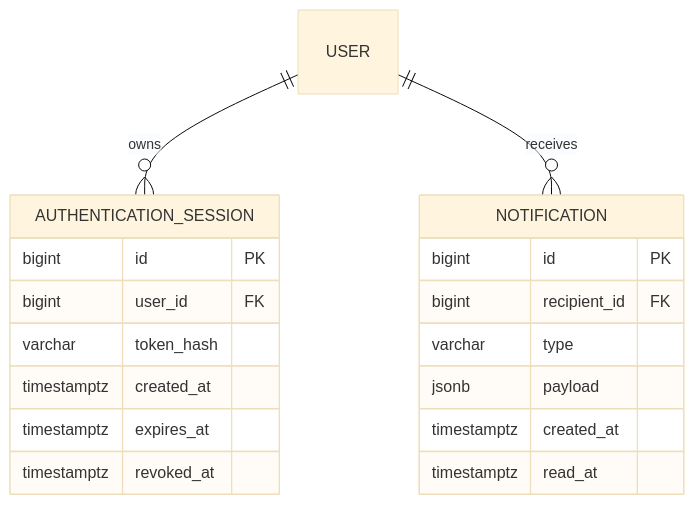
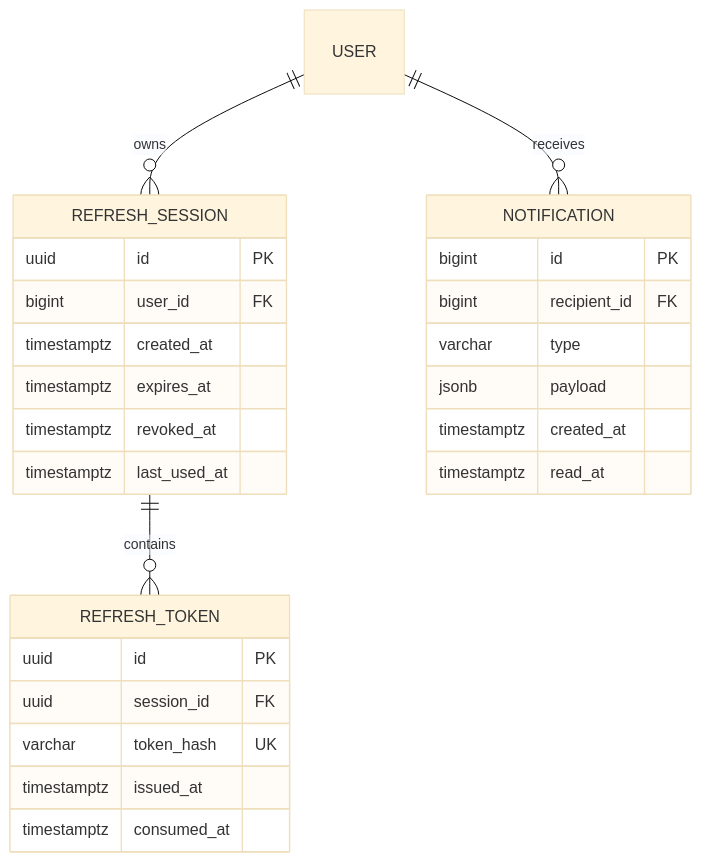
Before and after one commit to segfaulttt/psyweb_docs: diagram 13 of 14 in psy-web/03. Database/03. ER Diagram (Mermaid).md, drawn with Mermaid (base theme). The commit also changed other lines of this file, not shown here.

Commit message:
docs(database): update ER diagrams for refresh token model

````diff
--- a/psy-web/03. Database/03. ER Diagram (Mermaid).md
+++ b/psy-web/03. Database/03. ER Diagram (Mermaid).md
@@ -995,23 +1001,32 @@
 ```mermaid
 erDiagram
-    USER ||--o{ AUTHENTICATION_SESSION : owns
+    USER ||--o{ REFRESH_SESSION : owns
+    REFRESH_SESSION ||--o{ REFRESH_TOKEN : contains
     USER ||--o{ NOTIFICATION : receives
 
-    AUTHENTICATION_SESSION {
-        bigint id PK
+    REFRESH_SESSION {
+        uuid id PK
         bigint user_id FK
-        varchar token_hash
         timestamptz created_at
         timestamptz expires_at
         timestamptz revoked_at
+        timestamptz last_used_at
+    }
+
+    REFRESH_TOKEN {
+        uuid id PK
+        uuid session_id FK
+        varchar token_hash UK
+        timestamptz issued_at
+        timestamptz consumed_at
     }
 
     NOTIFICATION {
         bigint id PK
         bigint recipient_id FK
         varchar type
         jsonb payload
         timestamptz created_at
         timestamptz read_at
     }
 ```
````
